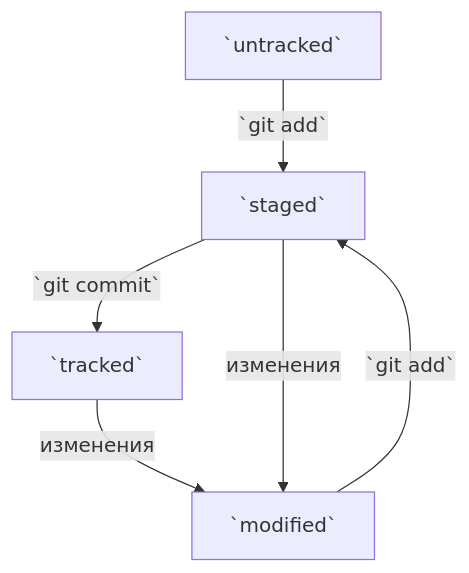
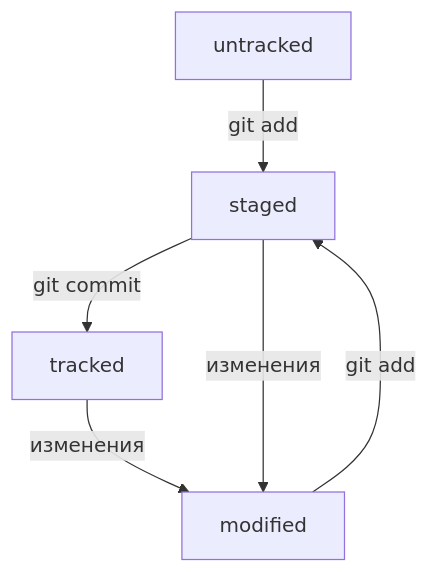
Before and after one commit to NikolayKrot/-Git-: the diagram in README.md, drawn with Mermaid. The commit also changed other lines of this file, not shown here.

Commit message:
Увеличены все заголовки, убранны кавычки в диаграмме в REDME

````diff
--- a/README.md
+++ b/README.md
@@ -70,8 +70,8 @@
 ```mermaid
 flowchart TD
-	A[`untracked`] -- `git add` --> B[`staged`];
-	B -- `git commit` --> C[`tracked`];
-	C -- изменения --> D[`modified`];
-	B -- изменения --> D[`modified`];
-	D -- `git add` --> B;
+	A[untracked] -- git add --> B[staged];
+	B -- git commit --> C[tracked];
+	C -- изменения --> D[modified];
+	B -- изменения --> D[modified];
+	D -- git add --> B;
 ```
````
